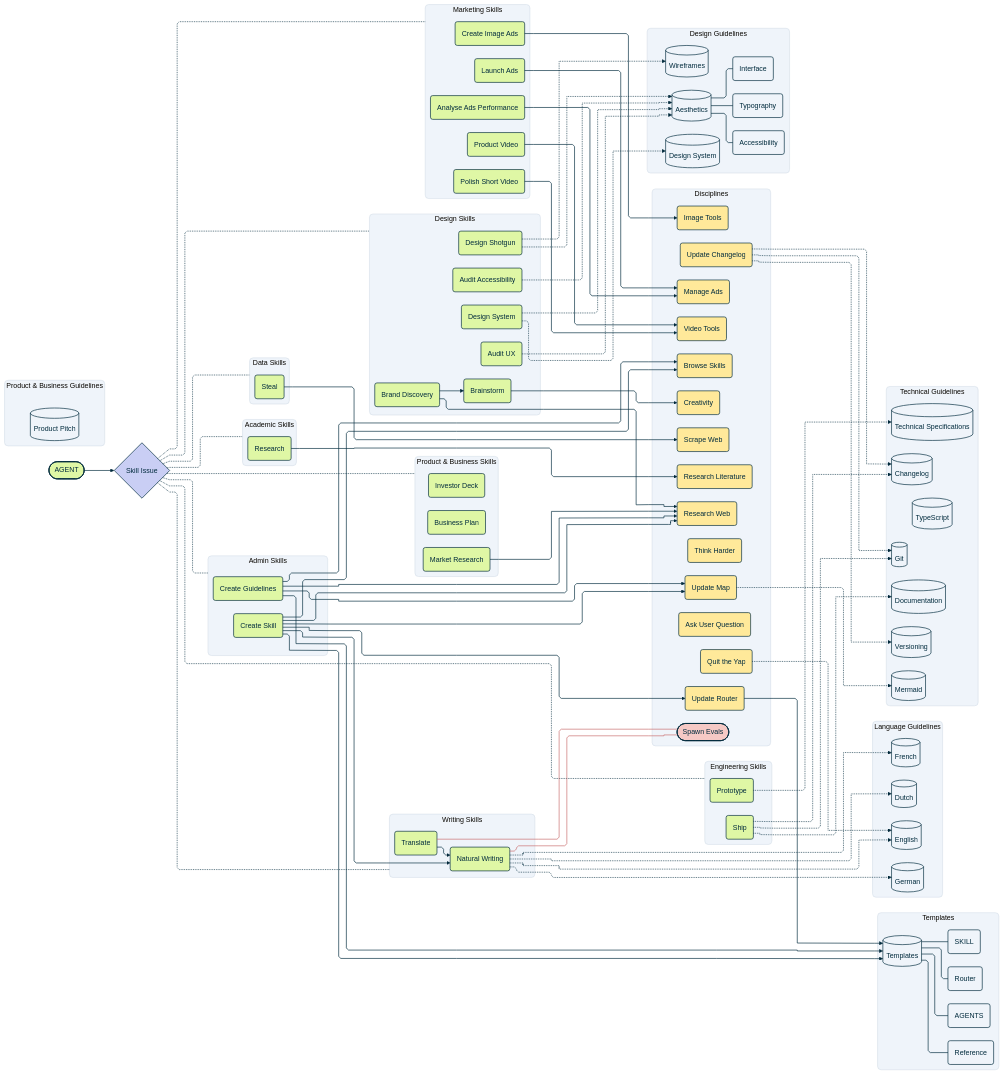
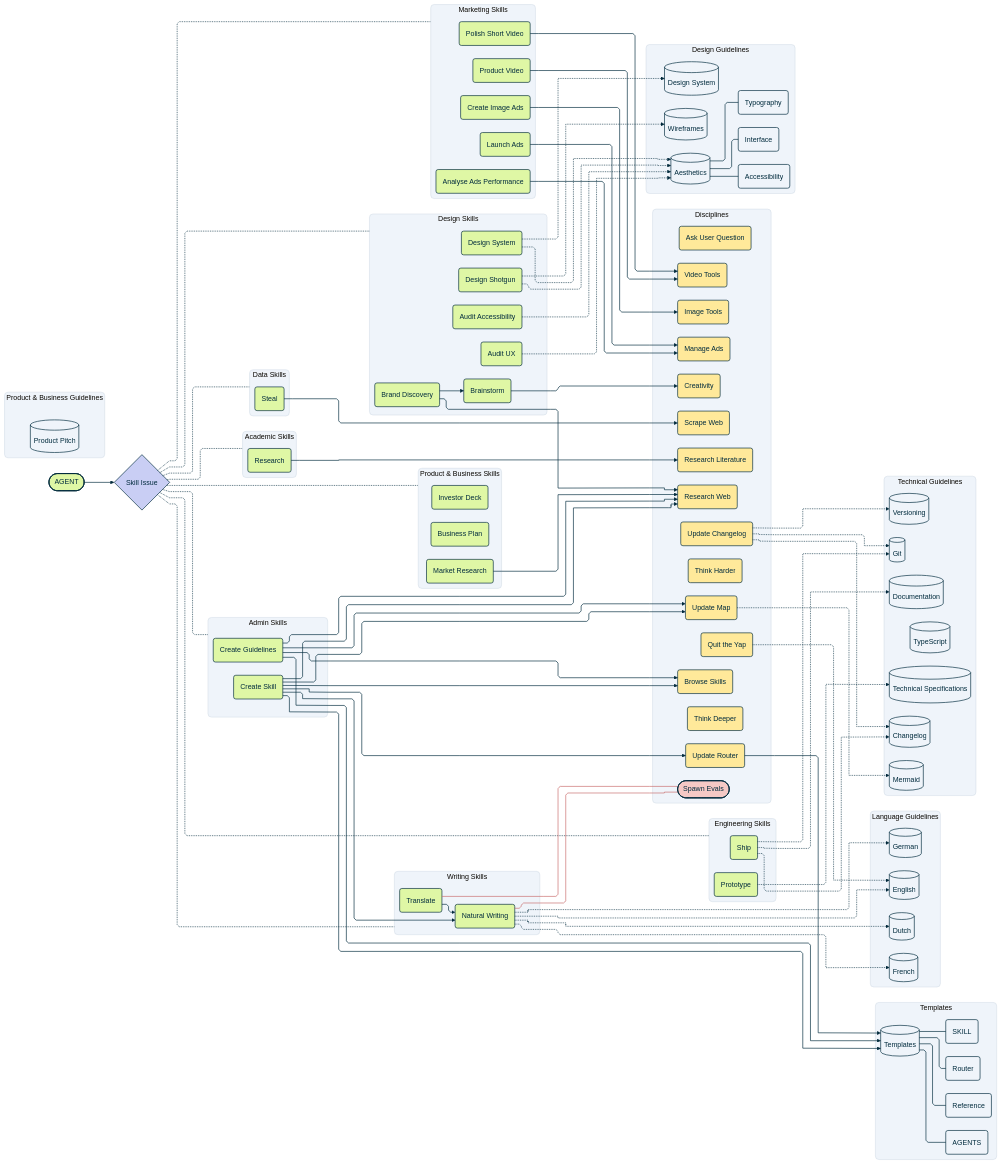
The diagram in map.mmd (josuamittels/agent-stack), drawn with Mermaid before and after one commit. The commit also changed 2 other files, not shown here.

Commit message:
Add think-deeper discipline

```diff
--- a/map.mmd
+++ b/map.mmd
@@ -86,6 +86,7 @@
         spawn_evals(["Spawn Evals"])
         ask_user_question("Ask User Question")
         think_harder("Think Harder")
+        think_deeper("Think Deeper")
         browse_skills("Browse Skills")
         update_changelog("Update Changelog")
         quit_the_yap("Quit the Yap")
@@ -193,7 +194,7 @@
     classDef knowledge fill:#EFF4FA,stroke:#002B3D,color:#002B3D,stroke-width:1.5px
     classDef document fill:#EFF4FA,stroke:#002B3D,color:#002B3D,stroke-width:1.5px
     classDef section rx:8px,ry:8px
-    class ask_user_question,think_harder,browse_skills,update_changelog,quit_the_yap,update_map,update_router,research_web,scrape_web,research_literature,manage_ads,creativity,image_tools,video_tools method;
+    class ask_user_question,think_harder,think_deeper,browse_skills,update_changelog,quit_the_yap,update_map,update_router,research_web,scrape_web,research_literature,manage_ads,creativity,image_tools,video_tools method;
     class skill_issue decision
     class eval_create_skill,eval_translate,eval_natural_writing evaluation_link
     class spawn_evals evaluation
```
